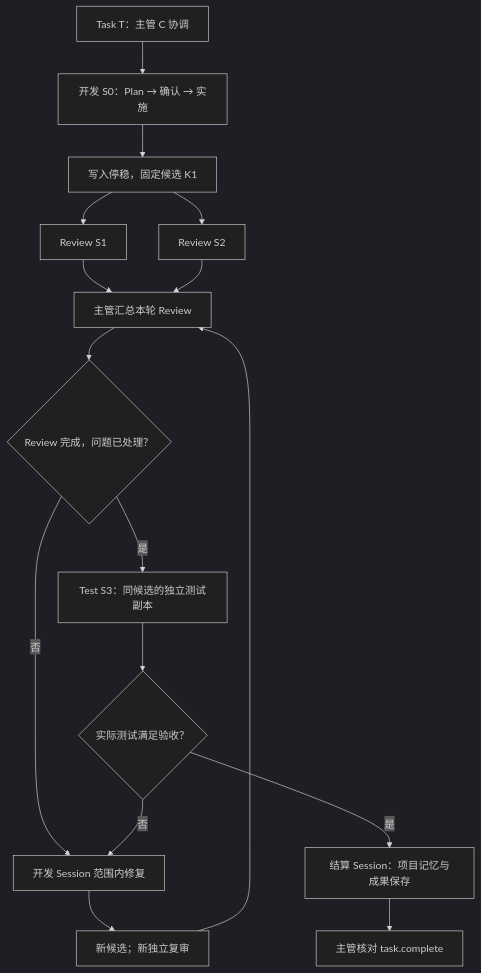
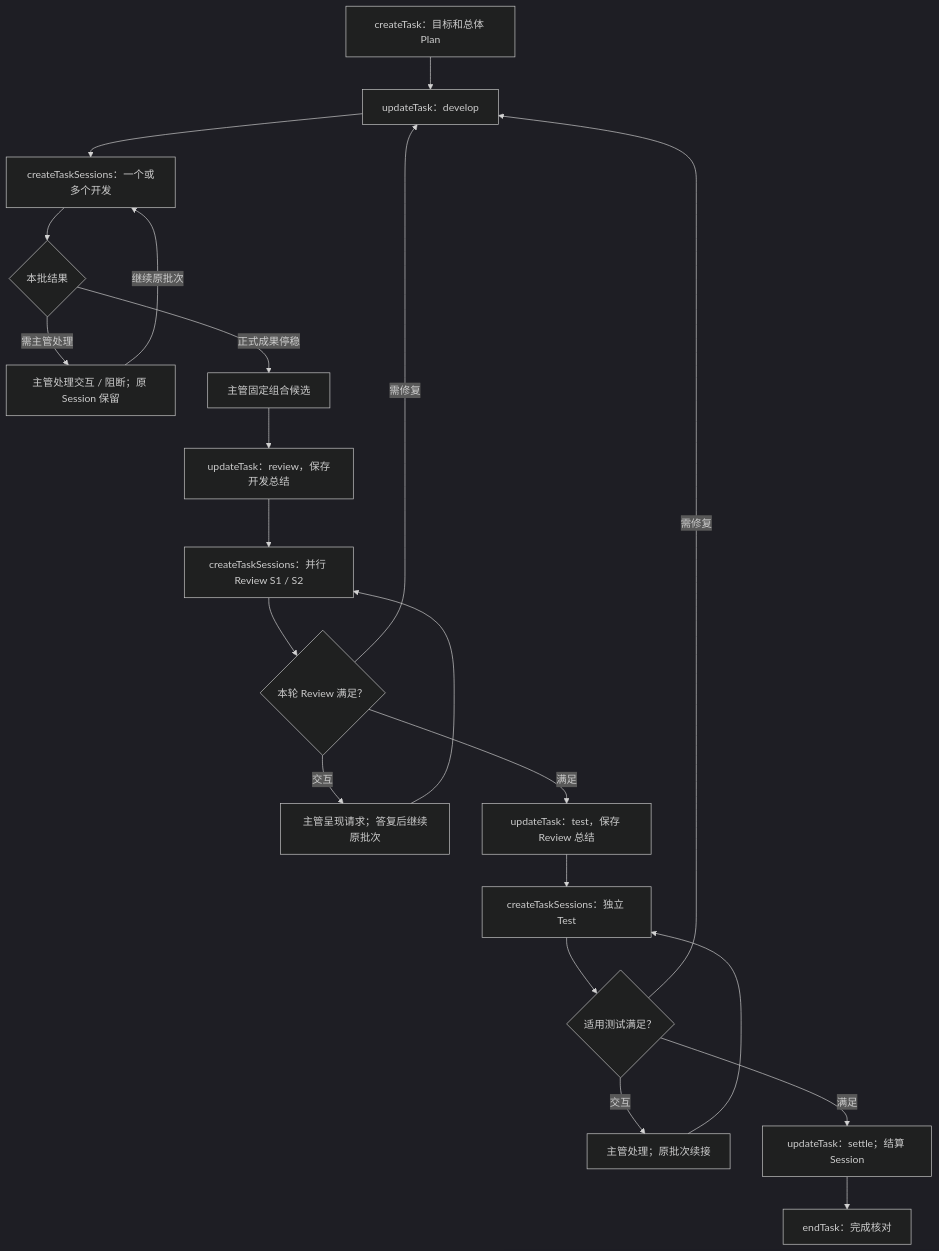
The first of 3 diagrams in docs/technicalnew/messaging-and-collaboration.md (mojiaicrypto-ops/Kaiming), drawn with Mermaid (dark theme) before and after one commit. The commit also changed other lines of this file and 26 other files, not shown here.

````diff
--- a/docs/technicalnew/messaging-and-collaboration.md
+++ b/docs/technicalnew/messaging-and-collaboration.md
@@ -9,18 +9,23 @@
 ```mermaid
 flowchart TD
-  TASK[Task T：主管 C 协调] --> DEV[开发 S0：Plan → 确认 → 实施]
-  DEV --> FREEZE[写入停稳，固定候选 K1]
-  FREEZE --> R1[Review S1]
-  FREEZE --> R2[Review S2]
-  R1 --> JOIN[主管汇总本轮 Review]
-  R2 --> JOIN
-  JOIN --> READY{Review 完成，问题已处理？}
-  READY -->|否| FIX[开发 Session 范围内修复]
-  FIX --> FREEZE2[新候选；新独立复审]
-  FREEZE2 --> JOIN
-  READY -->|是| TEST[Test S3：同候选的独立测试副本]
-  TEST --> PASS{实际测试满足验收？}
-  PASS -->|否| FIX
-  PASS -->|是| SETTLE[结算 Session：项目记忆与成果保存]
-  SETTLE --> COMPLETE[主管核对 task.complete]
+  TASK[createTask：目标和总体 Plan] --> DEVPHASE[updateTask：develop]
+  DEVPHASE --> DEV[createTaskSessions：一个或多个开发]
+  DEV --> DOUT{本批结果}
+  DOUT -->|需主管处理| HANDLE[主管处理交互 / 阻断；原 Session 保留]
+  HANDLE -->|继续原批次| DEV
+  DOUT -->|正式成果停稳| FIXED[主管固定组合候选]
+  FIXED --> REVIEWPHASE[updateTask：review，保存开发总结]
+  REVIEWPHASE --> REVIEWS[createTaskSessions：并行 Review S1 / S2]
+  REVIEWS --> ROK{本轮 Review 满足？}
+  ROK -->|交互| RHANDLE[主管呈现请求；答复后继续原批次]
+  RHANDLE --> REVIEWS
+  ROK -->|需修复| DEVPHASE
+  ROK -->|满足| TESTPHASE[updateTask：test，保存 Review 总结]
+  TESTPHASE --> TEST[createTaskSessions：独立 Test]
+  TEST --> TOK{适用测试满足？}
+  TOK -->|需修复| DEVPHASE
+  TOK -->|交互| THANDLE[主管处理；原批次续接]
+  THANDLE --> TEST
+  TOK -->|满足| SETTLE[updateTask：settle；结算 Session]
+  SETTLE --> END[endTask：完成核对]
 ```
````
